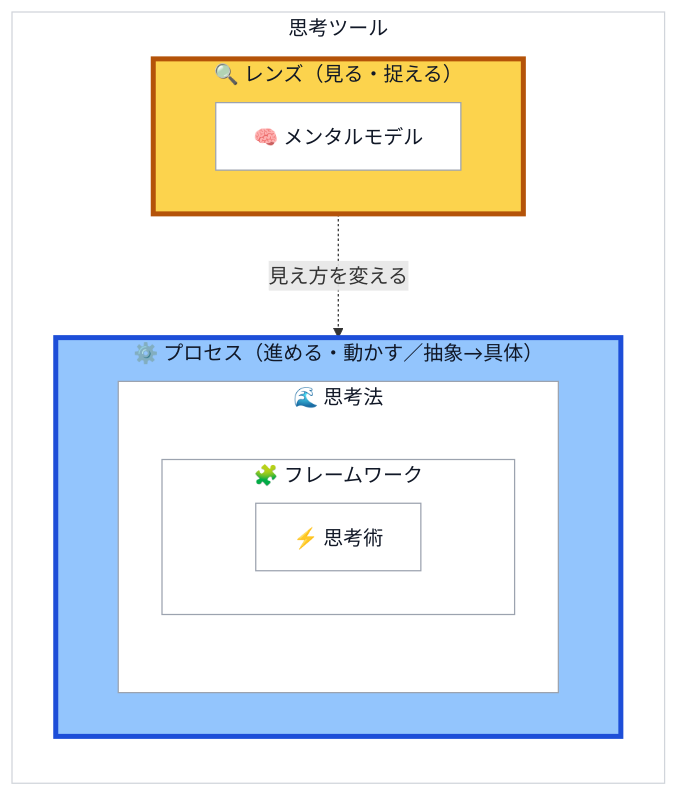
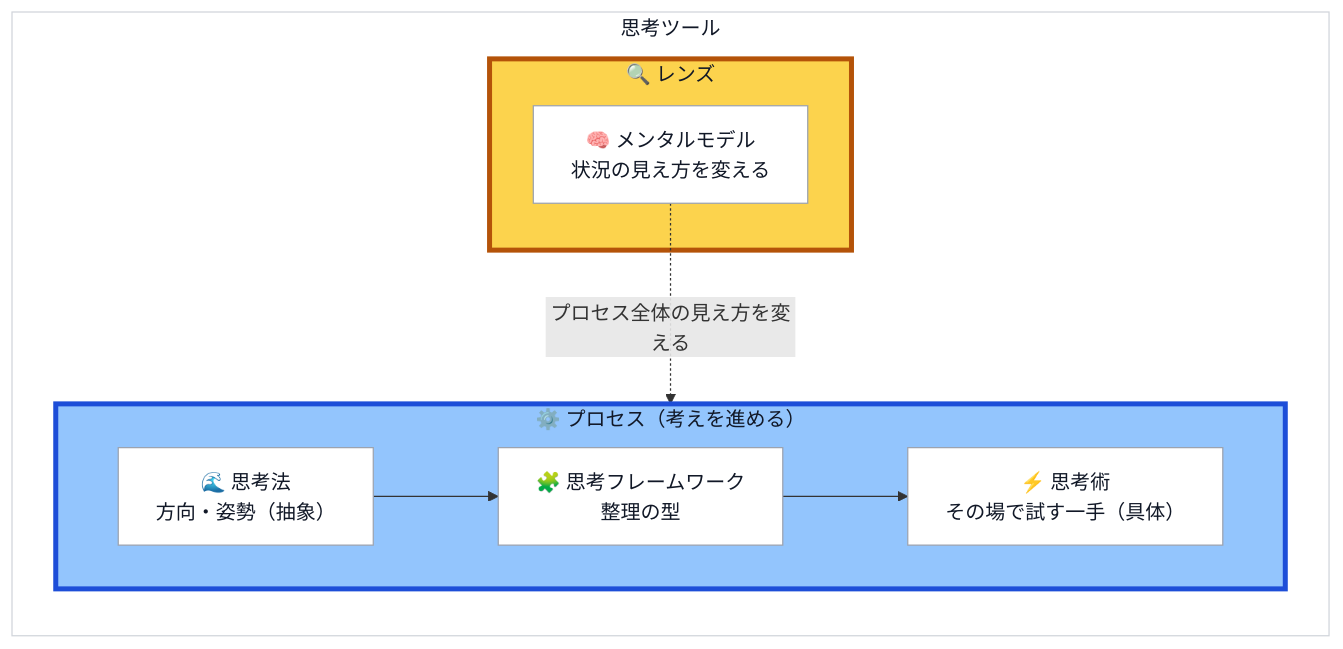
Before and after one commit to snamiki1212/awesome-thinking: the diagram in README.md, drawn with Mermaid.

Commit message:
docs: clarify thinking tool diagram

````diff
--- a/README.md
+++ b/README.md
@@ -35,26 +35,22 @@
 ```mermaid
 flowchart TB
     subgraph T["思考ツール"]
         direction TB
-        subgraph L["🔍 レンズ（見る・捉える）"]
-            MM["🧠 メンタルモデル"]
+        subgraph L["🔍 レンズ"]
+            MM["🧠 メンタルモデル<br/>状況の見え方を変える"]
         end
-        subgraph P["⚙️ プロセス（進める・動かす／抽象→具体）"]
-            subgraph TM["🌊 思考法"]
-                direction TB
-                subgraph FW["🧩 フレームワーク"]
-                    SK["⚡ 思考術"]
-                end
-            end
+        subgraph P["⚙️ プロセス（考えを進める）"]
+            direction LR
+            TM["🌊 思考法<br/>方向・姿勢（抽象）"] --> FW["🧩 思考フレームワーク<br/>整理の型"] --> SK["⚡ 思考術<br/>その場で試す一手（具体）"]
         end
     end
-    L -. 見え方を変える .-> P
+    MM -. プロセス全体の見え方を変える .-> P
 
     style T fill:#ffffff,stroke:#d1d5db,stroke-width:1px,color:#111827
     style L fill:#fcd34d,stroke:#b45309,stroke-width:4px,color:#111827
     style P fill:#93c5fd,stroke:#1d4ed8,stroke-width:4px,color:#111827
     style MM fill:#ffffff,stroke:#9ca3af,color:#111827
     style TM fill:#ffffff,stroke:#9ca3af,color:#111827
     style FW fill:#ffffff,stroke:#9ca3af,color:#111827
     style SK fill:#ffffff,stroke:#9ca3af,color:#111827
 ```
````
